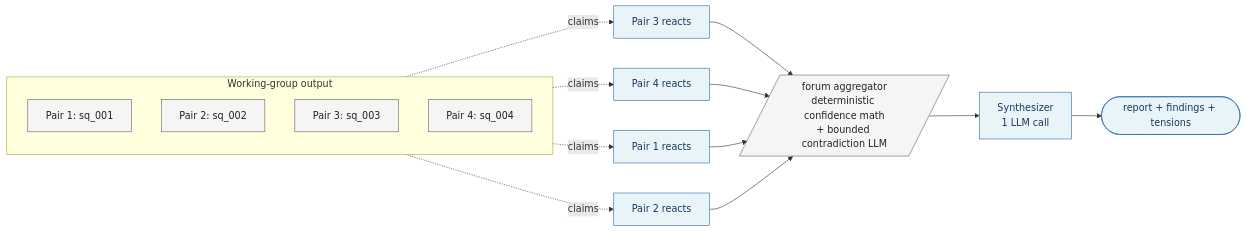
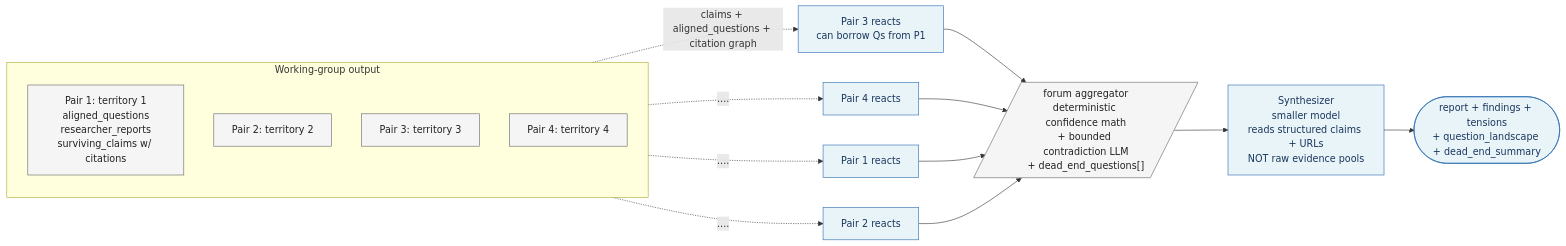
The third of 3 diagrams in specs/architecture.md (erykpiast/msv), drawn with Mermaid before and after one commit. The commit also changed other lines of this file and 2 other files, not shown here.

First line of the commit message:
docs(msv): reframe as question-generation machine, add v5 rebuild spec

````diff
--- a/specs/architecture.md
+++ b/specs/architecture.md
@@ -143,32 +316,32 @@
 ```mermaid
 flowchart LR
     subgraph Debates[Working-group output]
         direction TB
-        P1[Pair 1: sq_001]
-        P2[Pair 2: sq_002]
-        P3[Pair 3: sq_003]
-        P4[Pair 4: sq_004]
+        P1[Pair 1: territory 1<br/>aligned_questions<br/>researcher_reports<br/>surviving_claims w/ citations]
+        P2[Pair 2: territory 2]
+        P3[Pair 3: territory 3]
+        P4[Pair 4: territory 4]
     end
 
-    P1 -. claims .-> R1[Pair 3 reacts]
-    P2 -. claims .-> R2[Pair 4 reacts]
-    P3 -. claims .-> R3[Pair 1 reacts]
-    P4 -. claims .-> R4[Pair 2 reacts]
+    P1 -. "claims + aligned_questions + citation graph" .-> R1[Pair 3 reacts<br/>can borrow Qs from P1]
+    P2 -. "...." .-> R2[Pair 4 reacts]
+    P3 -. "...." .-> R3[Pair 1 reacts]
+    P4 -. "...." .-> R4[Pair 2 reacts]
 
-    R1 --> Forum[/"forum aggregator<br/>deterministic confidence math<br/>+ bounded contradiction LLM"/]
+    R1 --> Forum[/"forum aggregator<br/>deterministic confidence math<br/>+ bounded contradiction LLM<br/>+ dead_end_questions[]"/]
     R2 --> Forum
     R3 --> Forum
     R4 --> Forum
 
-    Forum --> Synth[Synthesizer<br/>1 LLM call]
-    Synth --> Out([report + findings + tensions])
+    Forum --> Synth[Synthesizer<br/>smaller model<br/>reads structured claims + URLs<br/>NOT raw evidence pools]
+    Synth --> Out([report + findings + tensions<br/>+ question_landscape + dead_end_summary])
 
     classDef pair fill:#f5f5f5,stroke:#666,color:#222
     classDef react fill:#e8f4f8,stroke:#2b6cb0,color:#1a365d
     classDef agg fill:#f5f5f5,stroke:#666,color:#222
     classDef llm fill:#e8f4f8,stroke:#2b6cb0,color:#1a365d
     class P1,P2,P3,P4 pair
     class R1,R2,R3,R4 react
     class Forum agg
     class Synth,Out llm
 ```
````
